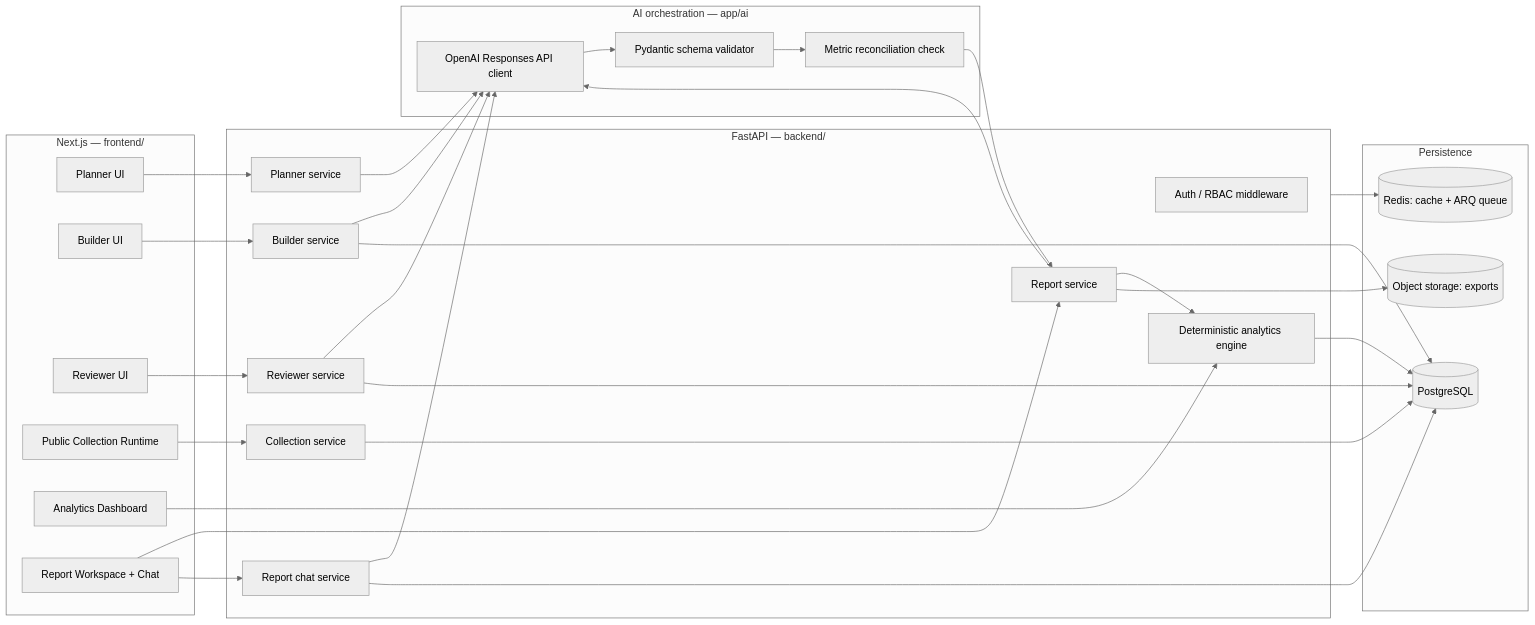
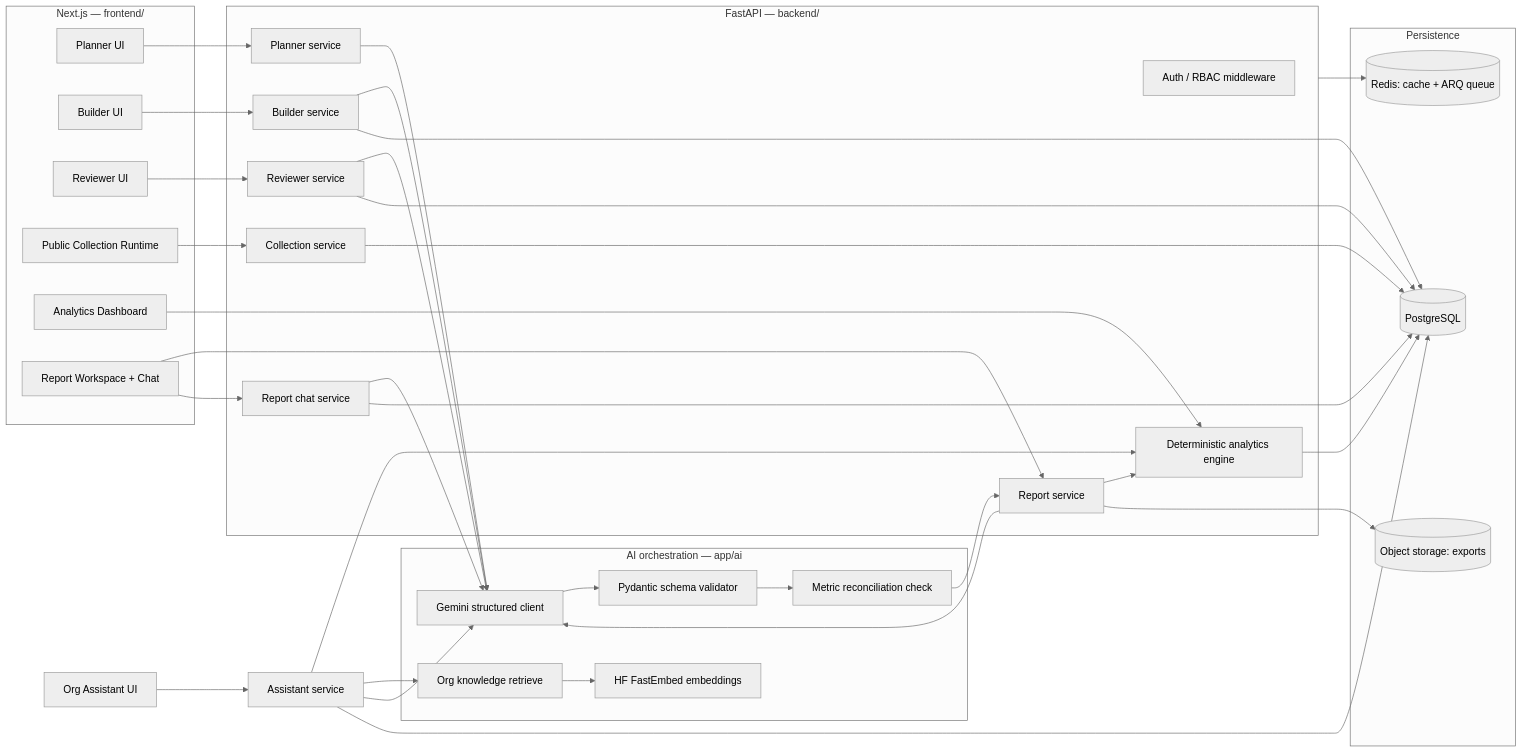
The diagram in plan.md (yoseflakew25/survai), drawn with Mermaid (neutral theme) before and after one commit. The commit also changed other lines of this file and 7 other files, not shown here.

First line of the commit message:
Enhance documentation and integrate Org Assistant features

````diff
--- a/plan.md
+++ b/plan.md
@@ -213,50 +205,57 @@
 ```mermaid
 flowchart LR
     subgraph Web[Next.js — frontend/]
       Planner[Planner UI]
       Builder[Builder UI]
       Reviewer[Reviewer UI]
       Collect[Public Collection Runtime]
       Dashboard[Analytics Dashboard]
       ReportUI[Report Workspace + Chat]
     end
 
     subgraph Api[FastAPI — backend/]
       RBAC[Auth / RBAC middleware]
       PlanSvc[Planner service]
       BuildSvc[Builder service]
       RevSvc[Reviewer service]
       ColSvc[Collection service]
       Engine[Deterministic analytics engine]
       RptSvc[Report service]
       ChatSvc[Report chat service]
     end
 
     subgraph AiLayer[AI orchestration — app/ai]
-      Client[OpenAI Responses API client]
+      Client[Gemini structured client]
+      Embed[HF FastEmbed embeddings]
       Validator[Pydantic schema validator]
       Reconciler[Metric reconciliation check]
+      RAG[Org knowledge retrieve]
     end
 
     subgraph Store[Persistence]
       PG[(PostgreSQL)]
       Redis[(Redis: cache + ARQ queue)]
       S3[(Object storage: exports)]
     end
 
     Planner --> PlanSvc --> Client
     Builder --> BuildSvc --> Client
     Reviewer --> RevSvc --> Client
     Collect --> ColSvc --> PG
     Dashboard --> Engine --> PG
     ReportUI --> RptSvc
     RptSvc --> Engine
     RptSvc --> Client
     Client --> Validator --> Reconciler --> RptSvc
     ReportUI --> ChatSvc --> Client
+    AssistUI[Org Assistant UI] --> AssistSvc[Assistant service]
+    AssistSvc --> RAG --> Embed
+    AssistSvc --> Engine
+    AssistSvc --> Client
     RptSvc --> S3
     BuildSvc --> PG
     RevSvc --> PG
     ChatSvc --> PG
+    AssistSvc --> PG
     Api --> Redis
 ```
````
